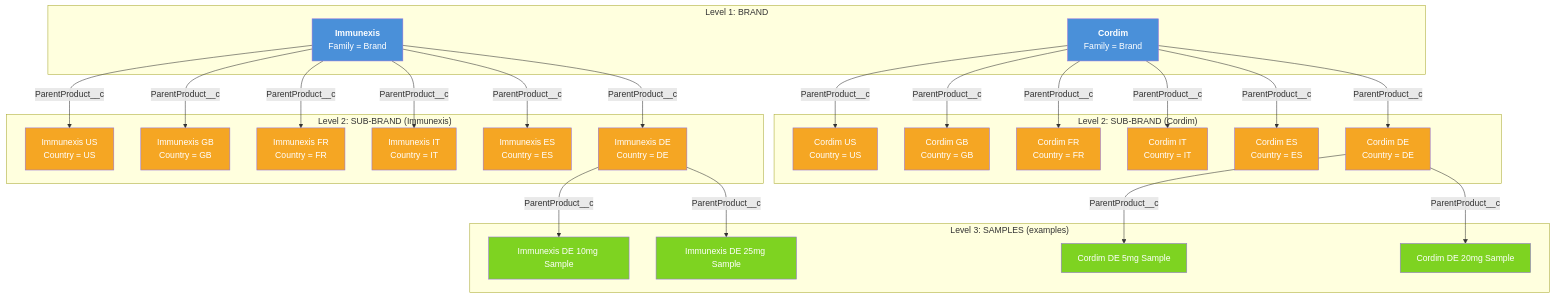
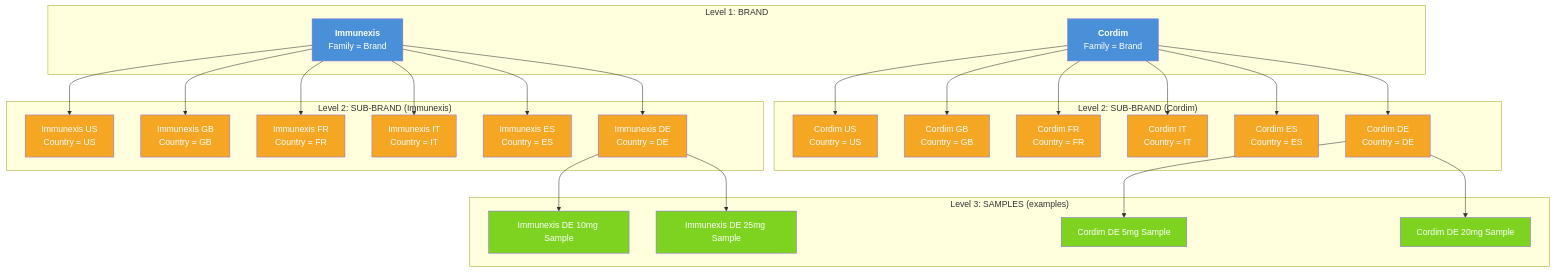
Before and after one commit to afls-ideas/Multi-Country-Brand-Setup: the diagram in README-01-Product-Hierarchy.md, drawn with Mermaid. The commit also changed other lines of this file and 8 other files, not shown here.

First line of the commit message:
Fix Product Hierarchy nesting and remove ParentProduct__c

````diff
--- a/README-01-Product-Hierarchy.md
+++ b/README-01-Product-Hierarchy.md
@@ -9,70 +9,70 @@
 ```mermaid
 graph TD
     subgraph "Level 1: BRAND"
         IMM["<b>Immunexis</b><br/>Family = Brand"]
         COR["<b>Cordim</b><br/>Family = Brand"]
     end
 
     subgraph "Level 2: SUB-BRAND (Immunexis)"
         IMM_US["Immunexis US<br/>Country = US"]
         IMM_GB["Immunexis GB<br/>Country = GB"]
         IMM_FR["Immunexis FR<br/>Country = FR"]
         IMM_IT["Immunexis IT<br/>Country = IT"]
         IMM_ES["Immunexis ES<br/>Country = ES"]
         IMM_DE["Immunexis DE<br/>Country = DE"]
     end
 
     subgraph "Level 2: SUB-BRAND (Cordim)"
         COR_US["Cordim US<br/>Country = US"]
         COR_GB["Cordim GB<br/>Country = GB"]
         COR_FR["Cordim FR<br/>Country = FR"]
         COR_IT["Cordim IT<br/>Country = IT"]
         COR_ES["Cordim ES<br/>Country = ES"]
         COR_DE["Cordim DE<br/>Country = DE"]
     end
 
     subgraph "Level 3: SAMPLES (examples)"
         IMM_DE_10["Immunexis DE 10mg Sample"]
         IMM_DE_25["Immunexis DE 25mg Sample"]
         COR_DE_5["Cordim DE 5mg Sample"]
         COR_DE_20["Cordim DE 20mg Sample"]
     end
 
-    IMM -->|ParentProduct__c| IMM_US
-    IMM -->|ParentProduct__c| IMM_GB
-    IMM -->|ParentProduct__c| IMM_FR
-    IMM -->|ParentProduct__c| IMM_IT
-    IMM -->|ParentProduct__c| IMM_ES
-    IMM -->|ParentProduct__c| IMM_DE
+    IMM --> IMM_US
+    IMM --> IMM_GB
+    IMM --> IMM_FR
+    IMM --> IMM_IT
+    IMM --> IMM_ES
+    IMM --> IMM_DE
 
-    COR -->|ParentProduct__c| COR_US
-    COR -->|ParentProduct__c| COR_GB
-    COR -->|ParentProduct__c| COR_FR
-    COR -->|ParentProduct__c| COR_IT
-    COR -->|ParentProduct__c| COR_ES
-    COR -->|ParentProduct__c| COR_DE
+    COR --> COR_US
+    COR --> COR_GB
+    COR --> COR_FR
+    COR --> COR_IT
+    COR --> COR_ES
+    COR --> COR_DE
 
-    IMM_DE -->|ParentProduct__c| IMM_DE_10
-    IMM_DE -->|ParentProduct__c| IMM_DE_25
-    COR_DE -->|ParentProduct__c| COR_DE_5
-    COR_DE -->|ParentProduct__c| COR_DE_20
+    IMM_DE --> IMM_DE_10
+    IMM_DE --> IMM_DE_25
+    COR_DE --> COR_DE_5
+    COR_DE --> COR_DE_20
 
     style IMM fill:#4a90d9,color:#fff
     style COR fill:#4a90d9,color:#fff
     style IMM_US fill:#f5a623,color:#fff
     style IMM_GB fill:#f5a623,color:#fff
     style IMM_FR fill:#f5a623,color:#fff
     style IMM_IT fill:#f5a623,color:#fff
     style IMM_ES fill:#f5a623,color:#fff
     style IMM_DE fill:#f5a623,color:#fff
     style COR_US fill:#f5a623,color:#fff
     style COR_GB fill:#f5a623,color:#fff
     style COR_FR fill:#f5a623,color:#fff
     style COR_IT fill:#f5a623,color:#fff
     style COR_ES fill:#f5a623,color:#fff
     style COR_DE fill:#f5a623,color:#fff
     style IMM_DE_10 fill:#7ed321,color:#fff
     style IMM_DE_25 fill:#7ed321,color:#fff
     style COR_DE_5 fill:#7ed321,color:#fff
     style COR_DE_20 fill:#7ed321,color:#fff
 ```
````
